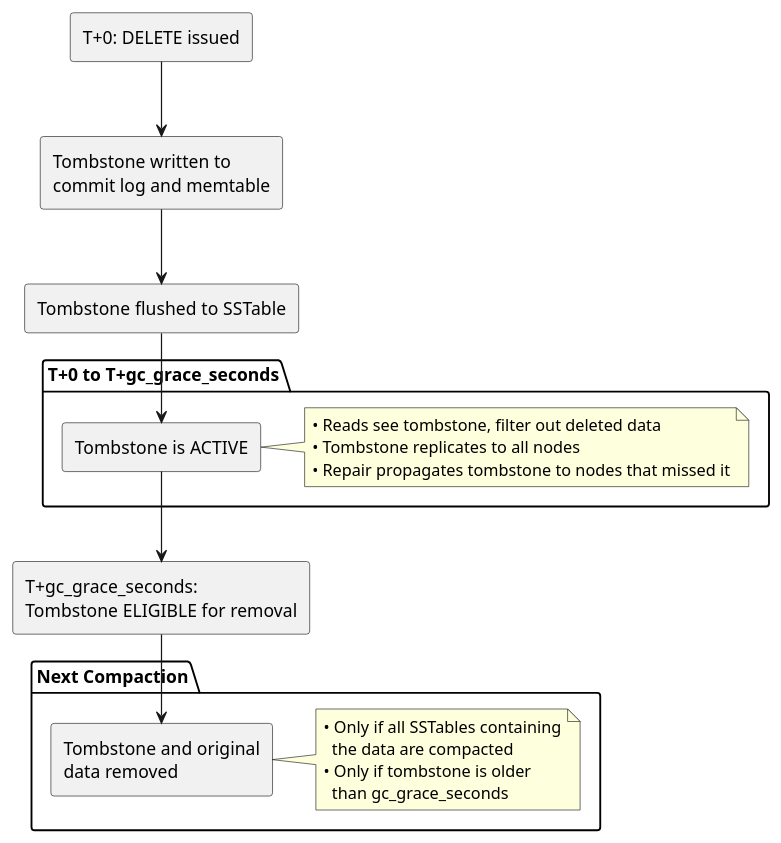
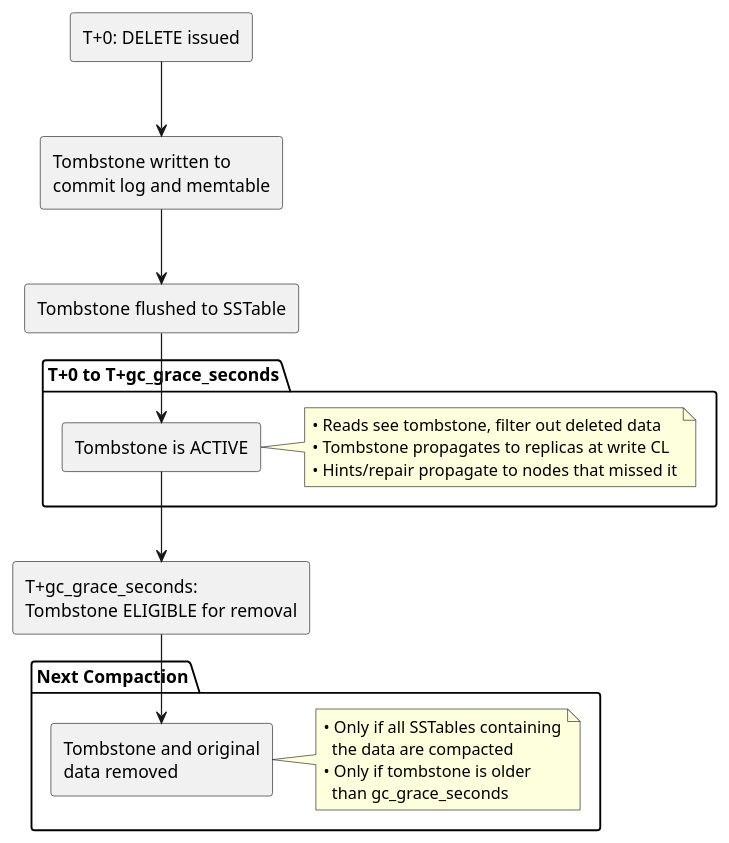
One commit to axonops/documentation changed the diagram in docs/data-platforms/cassandra/architecture/storage-engine/tombstones.md. Above: the diagram before and after it, drawn with PlantUML. The commit also changed other lines of this file and 262 other files, not shown here.

````diff
--- a/docs/data-platforms/cassandra/architecture/storage-engine/tombstones.md
+++ b/docs/data-platforms/cassandra/architecture/storage-engine/tombstones.md
@@ -72,37 +72,37 @@
 ```plantuml
 @startuml
 skinparam backgroundColor transparent
 
 rectangle "T+0: DELETE issued" as delete
 rectangle "Tombstone written to\ncommit log and memtable" as write
 rectangle "Tombstone flushed to SSTable" as flush
 
 package "T+0 to T+gc_grace_seconds" {
     rectangle "Tombstone is ACTIVE" as active
     note right of active
       • Reads see tombstone, filter out deleted data
-      • Tombstone replicates to all nodes
-      • Repair propagates tombstone to nodes that missed it
+      • Tombstone propagates to replicas at write CL
+      • Hints/repair propagate to nodes that missed it
     end note
 }
 
 rectangle "T+gc_grace_seconds:\nTombstone ELIGIBLE for removal" as eligible
 
 package "Next Compaction" {
     rectangle "Tombstone and original\ndata removed" as removed
     note right of removed
       • Only if all SSTables containing
         the data are compacted
       • Only if tombstone is older
         than gc_grace_seconds
     end note
 }
 
 delete --> write
 write --> flush
 flush --> active
 active --> eligible
 eligible --> removed
 
 @enduml
 ```
````
